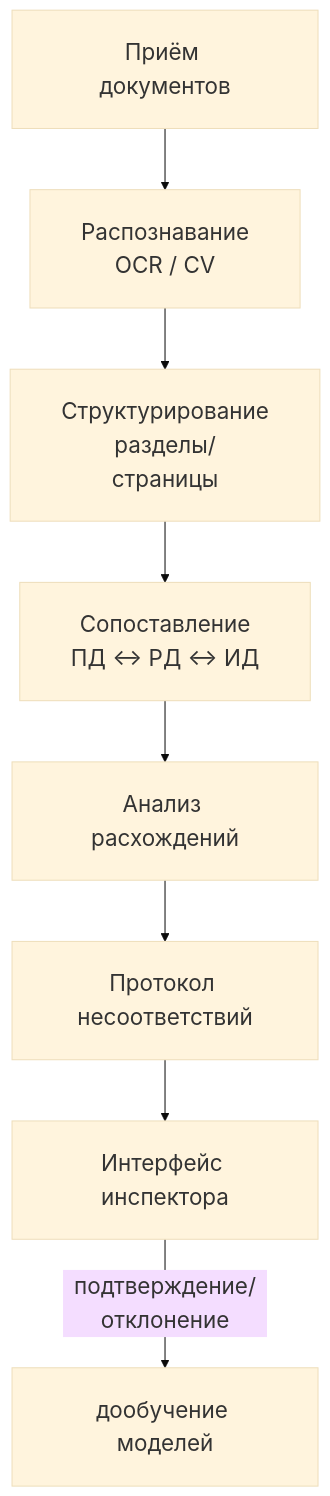
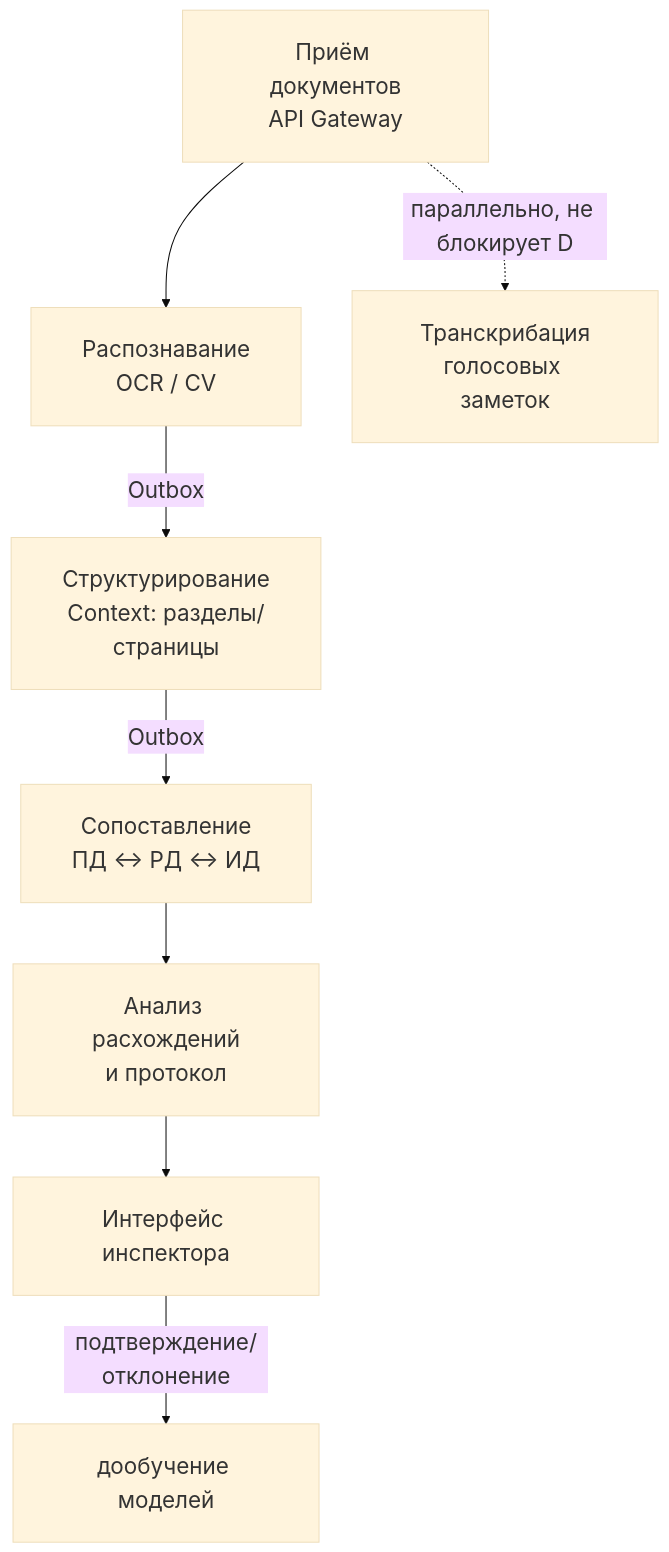
One commit to Tanoklllmonbku/Hakaton-LDT changed the diagram in README.md. Above: the diagram before and after it, drawn with Mermaid. The commit also changed other lines of this file, not shown here.

````diff
--- a/README.md
+++ b/README.md
@@ -18,11 +22,11 @@
 ```mermaid
 %%{init: {'theme': 'base', 'themeVariables': { 'fontSize': '22px'}, 'flowchart': {'padding': 25, 'nodeSpacing': 50, 'rankSpacing': 60}}}%%
 graph TD
-    A[Приём документов] --> B[Распознавание<br>OCR / CV]
-    B --> C[Структурирование<br>разделы/страницы]
-    C --> D[Сопоставление<br>ПД ↔ РД ↔ ИД]
-    D --> E[Анализ расхождений]
-    E --> F[Протокол несоответствий]
-    F --> G[Интерфейс инспектора]
-    G -->|подтверждение/отклонение| H[дообучение моделей]
+    A[Приём документов<br>API Gateway] --> B[Распознавание<br>OCR / CV]
+    B -->|Outbox| C[Структурирование<br>Context: разделы/страницы]
+    C -->|Outbox| D[Сопоставление<br>ПД ↔ РД ↔ ИД]
+    D --> E[Анализ расхождений<br>и протокол]
+    E --> F[Интерфейс инспектора]
+    F -->|подтверждение/отклонение| G[дообучение моделей]
+    A -.->|параллельно, не блокирует D| V[Транскрибация<br>голосовых заметок]
 ```
````
